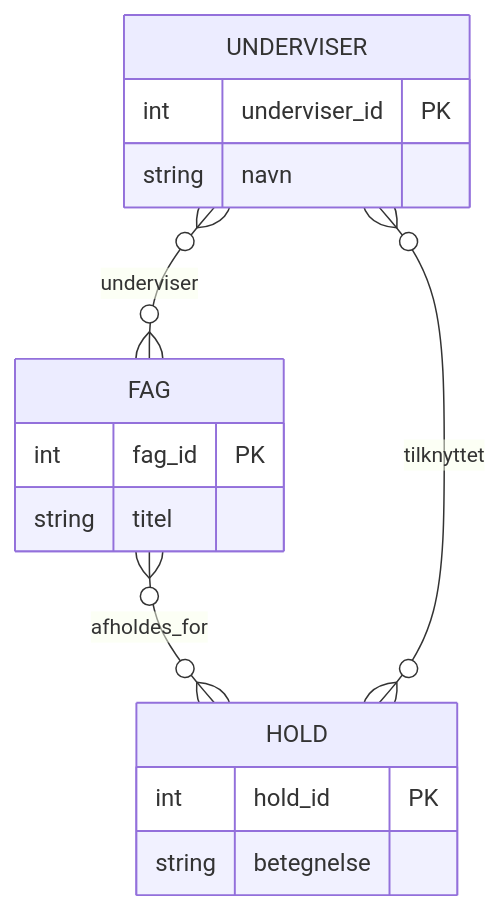
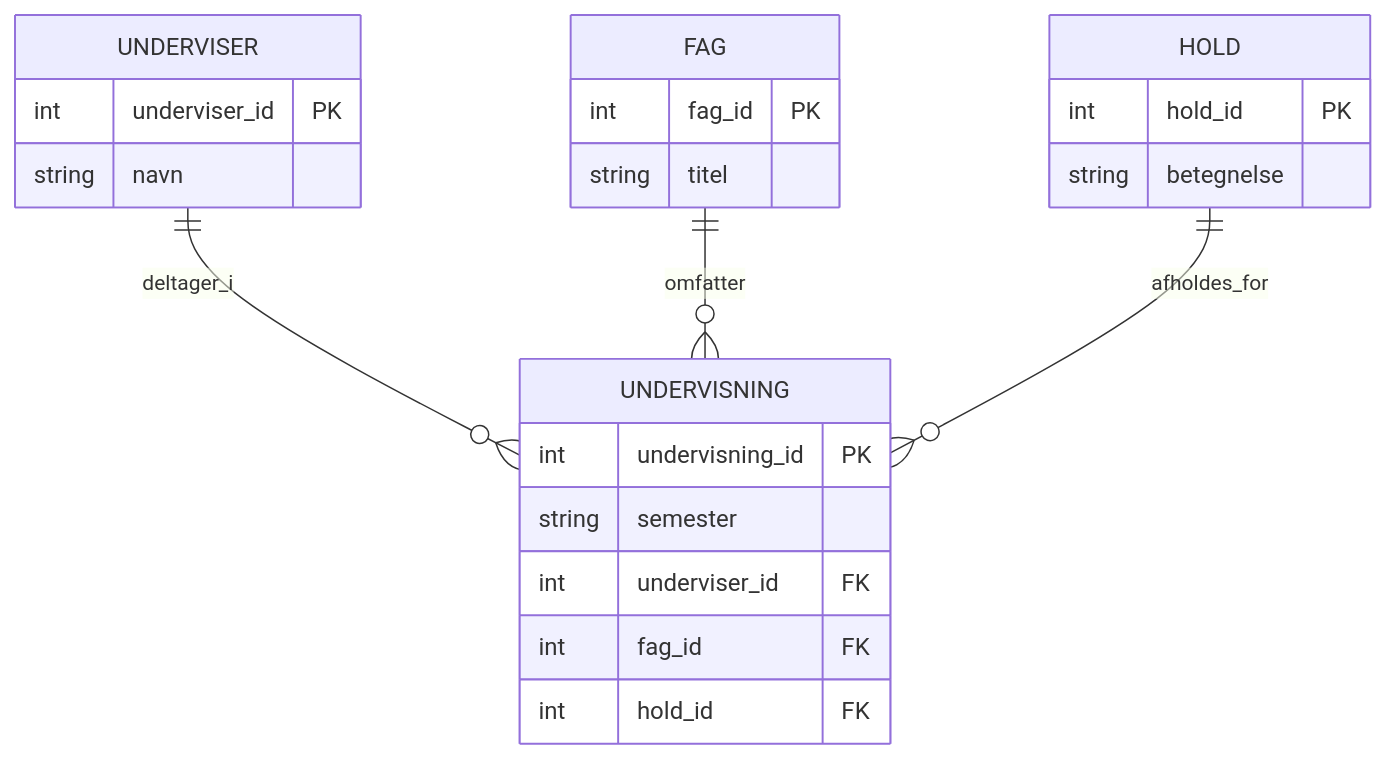
One commit to EK-DATA-2SEM-PROGSYSTEK/DATA-GBG-E25A-B changed the fifth of 8 diagrams in 10/01_man_2026-03-02/README.md. Above: the diagram before and after it, drawn with Mermaid. The commit also changed other lines of this file, not shown here.

````diff
--- a/10/01_man_2026-03-02/README.md
+++ b/10/01_man_2026-03-02/README.md
@@ -189,21 +190,29 @@
 ```mermaid
 erDiagram
+    UNDERVISER ||--o{ UNDERVISNING : deltager_i
+    FAG ||--o{ UNDERVISNING : omfatter
+    HOLD ||--o{ UNDERVISNING : afholdes_for
+
     UNDERVISER {
         int underviser_id PK
         string navn
     }
 
     FAG {
         int fag_id PK
         string titel
     }
 
     HOLD {
         int hold_id PK
         string betegnelse
     }
 
-    UNDERVISER }o--o{ FAG : underviser
-    FAG }o--o{ HOLD : afholdes_for
-    UNDERVISER }o--o{ HOLD : tilknyttet
+    UNDERVISNING {
+        int undervisning_id PK
+        string semester
+        int underviser_id FK
+        int fag_id FK
+        int hold_id FK
+    }
 ```
````
